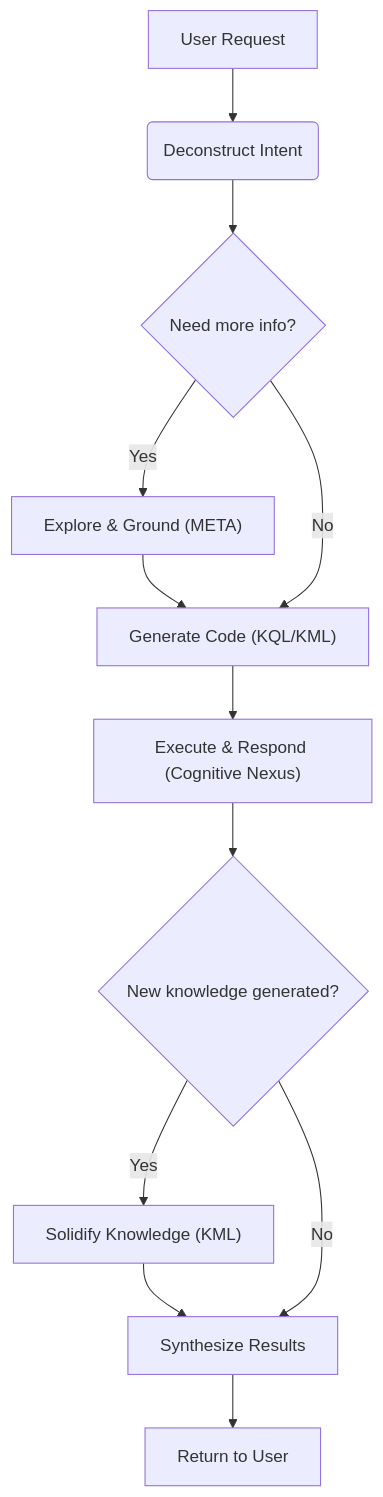
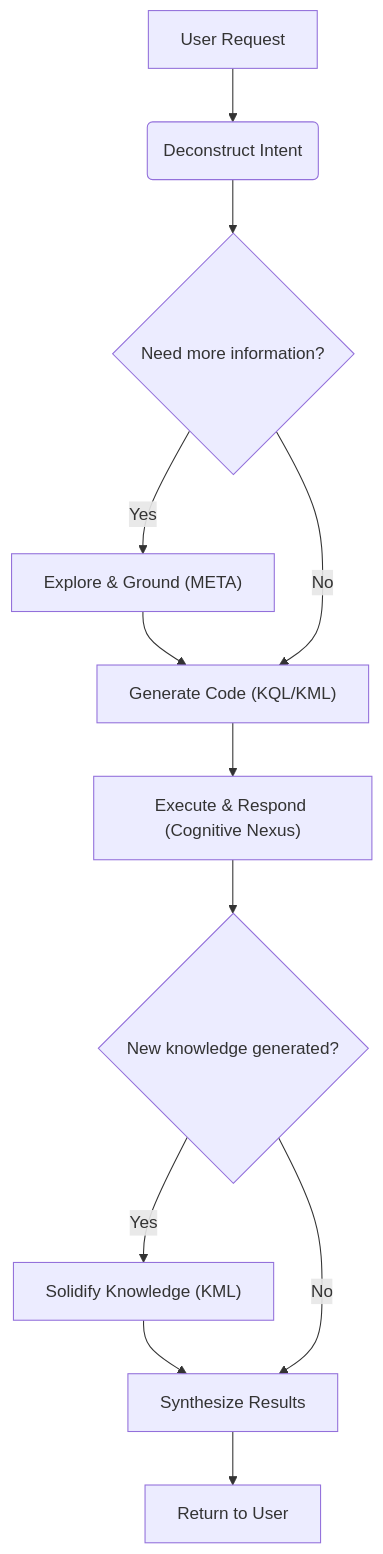
One commit to ldclabs/KIP changed the diagram in README.md. Above: the diagram before and after it, drawn with Mermaid. The commit also changed other lines of this file and 1 other file, not shown here.

````diff
--- a/README.md
+++ b/README.md
@@ -796,14 +681,14 @@
 ```mermaid
 graph TD
     A[User Request] --> B(Deconstruct Intent);
-    B --> C{Need more info?};
+    B --> C{Need more information?};
     C -- Yes --> D["Explore & Ground (META)"];
     D --> E["Generate Code (KQL/KML)"];
     C -- No --> E;
     E --> F["Execute & Respond (Cognitive Nexus)"];
     F --> G{New knowledge generated?};
     G -- Yes --> H["Solidify Knowledge (KML)"];
     H --> I[Synthesize Results];
     G -- No --> I;
     I --> J[Return to User];
 ```
````
